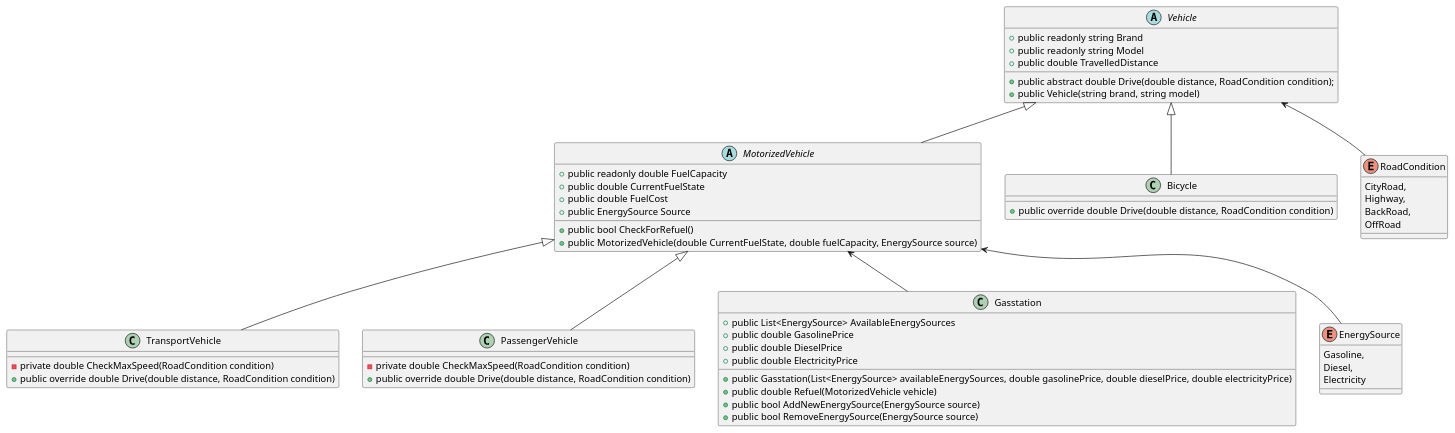
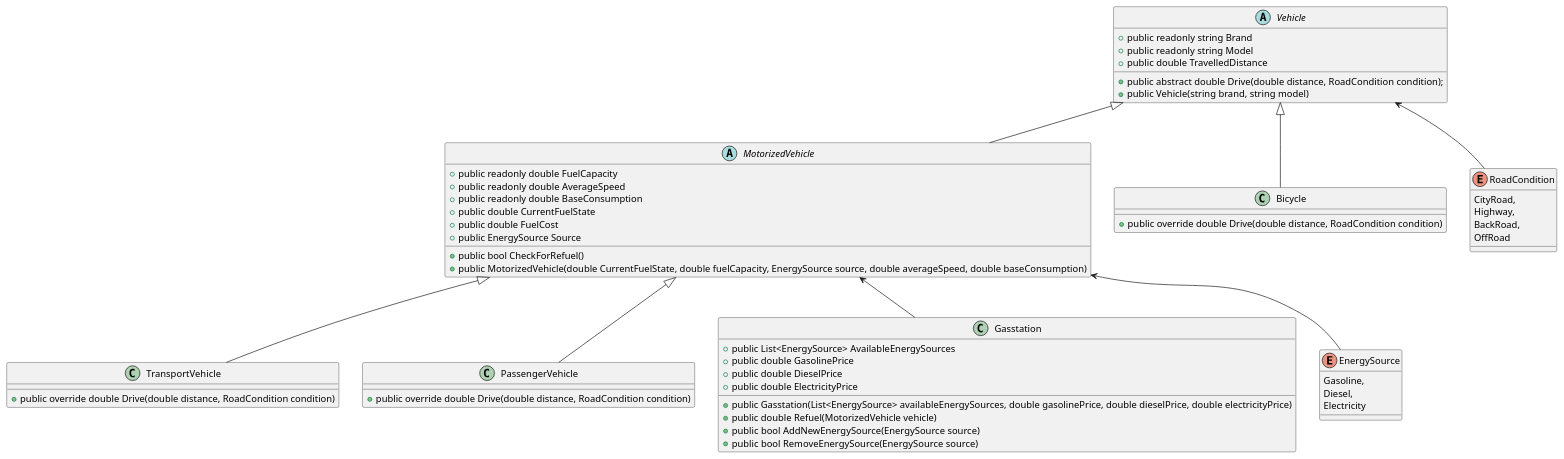
Before and after one commit to LParzerhtl/PoseOODPT: the diagram in vehicles/Model.puml, drawn with PlantUML. The commit also changed 34 other files, not shown here.

```diff
--- a/vehicles/Model.puml
+++ b/vehicles/Model.puml
@@ -1,77 +1,79 @@
 @startuml
 'https://plantuml.com/sequence-diagram
 
 Vehicle <|-- MotorizedVehicle
 MotorizedVehicle <|-- TransportVehicle
 MotorizedVehicle <|-- PassengerVehicle
 Vehicle <|-- Bicycle
 Vehicle <-- RoadCondition
 MotorizedVehicle <-- Gasstation
 MotorizedVehicle <-- EnergySource
 abstract Vehicle
 {
     +public readonly string Brand
     +public readonly string Model
     +public double TravelledDistance
     
     +public abstract double Drive(double distance, RoadCondition condition);
     +public Vehicle(string brand, string model)
     
 }
 
 class TransportVehicle
 {
-    -private double CheckMaxSpeed(RoadCondition condition)
+   
     +public override double Drive(double distance, RoadCondition condition)
 }
 
 class PassengerVehicle
 {
-    -private double CheckMaxSpeed(RoadCondition condition)
+    
     +public override double Drive(double distance, RoadCondition condition)
 }
 
 abstract MotorizedVehicle
 {
     +public readonly double FuelCapacity
+    +public readonly double AverageSpeed
+    +public readonly double BaseConsumption
     +public double CurrentFuelState
     +public double FuelCost
     +public EnergySource Source
     
     +public bool CheckForRefuel()
-    +public MotorizedVehicle(double CurrentFuelState, double fuelCapacity, EnergySource source)  
+    +public MotorizedVehicle(double CurrentFuelState, double fuelCapacity, EnergySource source, double averageSpeed, double baseConsumption)  
 }
 
 class Bicycle
 {
     +public override double Drive(double distance, RoadCondition condition)
 }
 
 enum RoadCondition
 {
     CityRoad,
     Highway,
     BackRoad,
     OffRoad
 }
 
 class Gasstation
 {
     +public List<EnergySource> AvailableEnergySources
     +public double GasolinePrice
     +public double DieselPrice
     +public double ElectricityPrice
     
     +public Gasstation(List<EnergySource> availableEnergySources, double gasolinePrice, double dieselPrice, double electricityPrice)
     +public double Refuel(MotorizedVehicle vehicle)
     +public bool AddNewEnergySource(EnergySource source)
     +public bool RemoveEnergySource(EnergySource source)
 }
 
 enum EnergySource
 {
     Gasoline,
     Diesel,
     Electricity
 }
 @enduml
```
